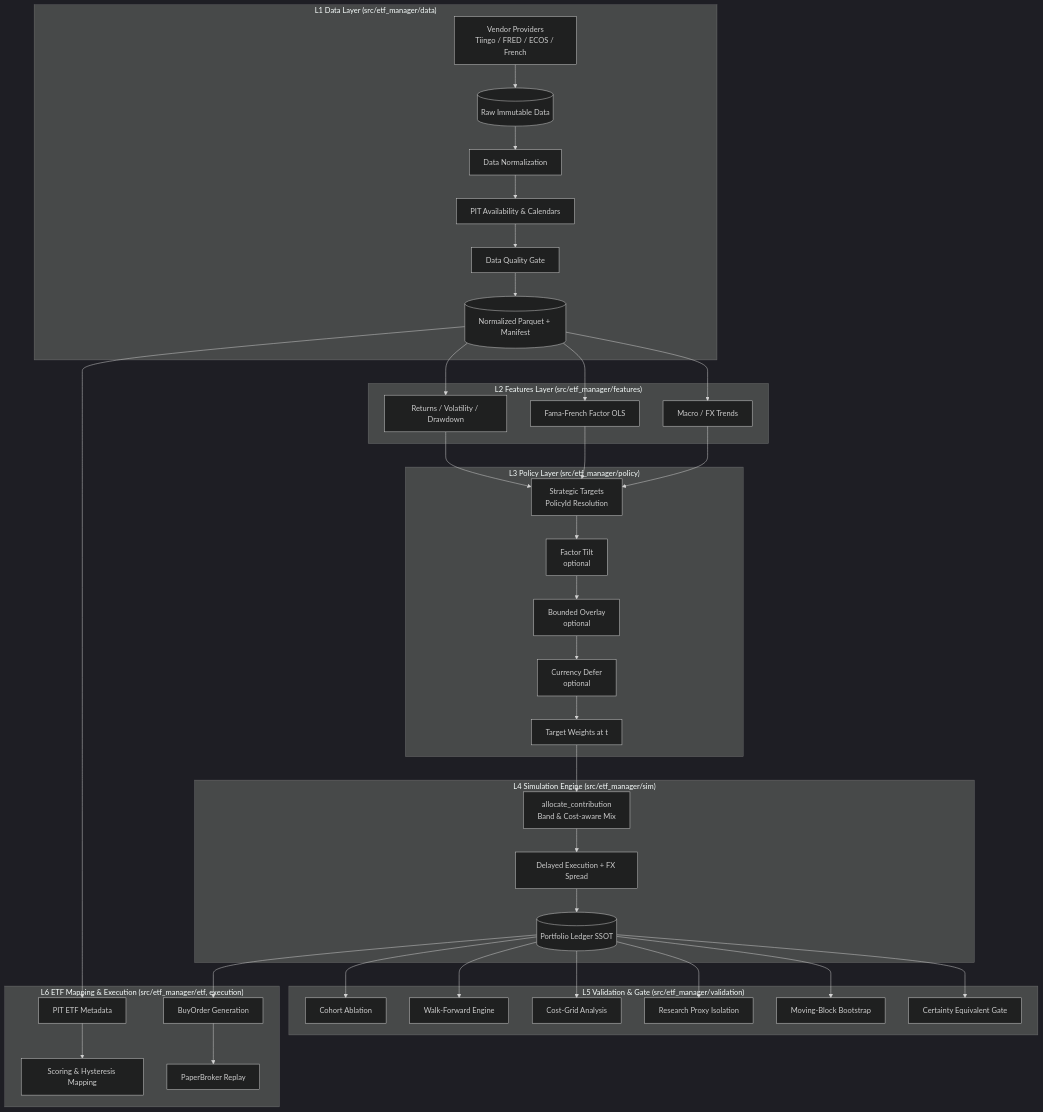
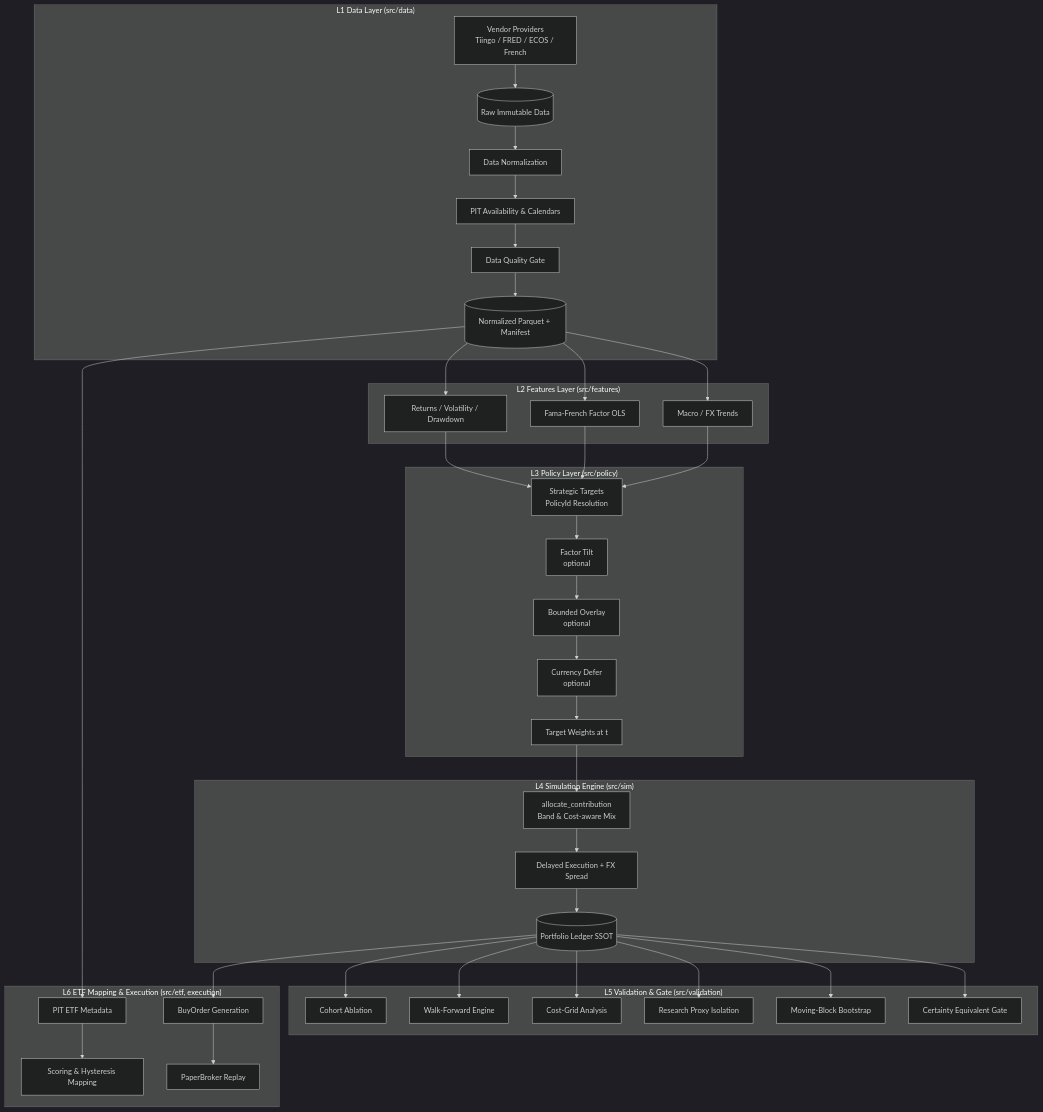
The diagram in README.md (KTHYEONG/ETF-Manager), drawn with Mermaid (dark theme) before and after one commit. The commit also changed other lines of this file and 5 other files, not shown here.

````diff
--- a/README.md
+++ b/README.md
@@ -26,46 +26,46 @@
 ```mermaid
 flowchart TD
-    subgraph L1["L1 Data Layer (src/etf_manager/data)"]
+    subgraph L1["L1 Data Layer (src/data)"]
         P[Vendor Providers<br/>Tiingo / FRED / ECOS / French] --> R[(Raw Immutable Data)]
         R --> N[Data Normalization]
         N --> A[PIT Availability & Calendars]
         A --> Q[Data Quality Gate]
         Q --> S[(Normalized Parquet + Manifest)]
     end
 
-    subgraph L2["L2 Features Layer (src/etf_manager/features)"]
+    subgraph L2["L2 Features Layer (src/features)"]
         S --> F1[Returns / Volatility / Drawdown]
         S --> F2[Fama-French Factor OLS]
         S --> F3[Macro / FX Trends]
     end
 
-    subgraph L3["L3 Policy Layer (src/etf_manager/policy)"]
+    subgraph L3["L3 Policy Layer (src/policy)"]
         F1 & F2 & F3 --> ST[Strategic Targets<br/>PolicyId Resolution]
         ST --> FT[Factor Tilt<br/>optional]
         FT --> OV[Bounded Overlay<br/>optional]
         OV --> FX[Currency Defer<br/>optional]
         FX --> TG[Target Weights at t]
     end
 
-    subgraph L4["L4 Simulation Engine (src/etf_manager/sim)"]
+    subgraph L4["L4 Simulation Engine (src/sim)"]
         TG --> CA[allocate_contribution<br/>Band & Cost-aware Mix]
         CA --> EX[Delayed Execution + FX Spread]
         EX --> LG[(Portfolio Ledger SSOT)]
     end
 
-    subgraph L5["L5 Validation & Gate (src/etf_manager/validation)"]
+    subgraph L5["L5 Validation & Gate (src/validation)"]
         LG --> AB[Cohort Ablation]
         LG --> WF[Walk-Forward Engine]
         LG --> CG[Cost-Grid Analysis]
         LG --> RP[Research Proxy Isolation]
         LG --> BS[Moving-Block Bootstrap]
         LG --> CE[Certainty Equivalent Gate]
     end
 
-    subgraph L6["L6 ETF Mapping & Execution (src/etf_manager/etf, execution)"]
+    subgraph L6["L6 ETF Mapping & Execution (src/etf, execution)"]
         S --> MD[PIT ETF Metadata]
         MD --> MP[Scoring & Hysteresis Mapping]
         LG --> ORD[BuyOrder Generation]
         ORD --> PB[PaperBroker Replay]
     end
 ```
````
